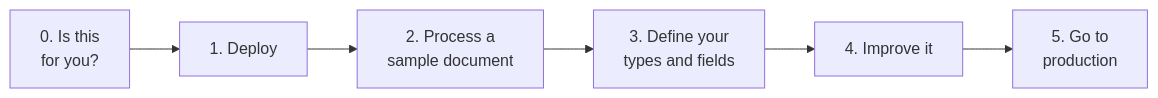
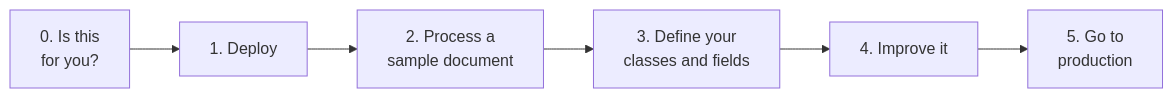
One commit to aws-solutions-library-samples/accelerated-intelligent-document-processing-on-aws changed the diagram in docs/get-started.md. Above: the diagram before and after it, drawn with Mermaid. The commit also changed other lines of this file and 6 other files, not shown here.

````diff
--- a/docs/get-started.md
+++ b/docs/get-started.md
@@ -14,8 +14,8 @@
 ```mermaid
 flowchart LR
     A["0. Is this<br/>for you?"] --> B["1. Deploy"]
     B --> C["2. Process a<br/>sample document"]
-    C --> D["3. Define your<br/>types and fields"]
+    C --> D["3. Define your<br/>classes and fields"]
     D --> E["4. Improve it"]
     E --> F["5. Go to<br/>production"]
 ```
````
